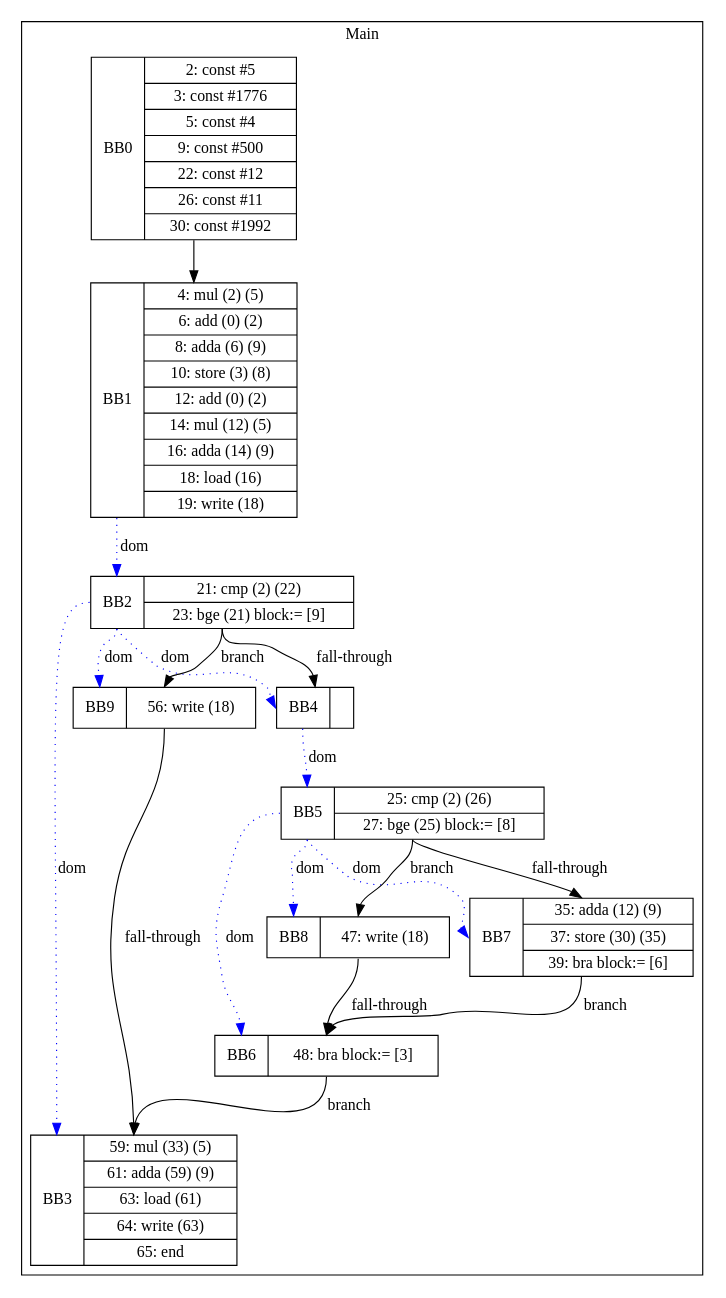
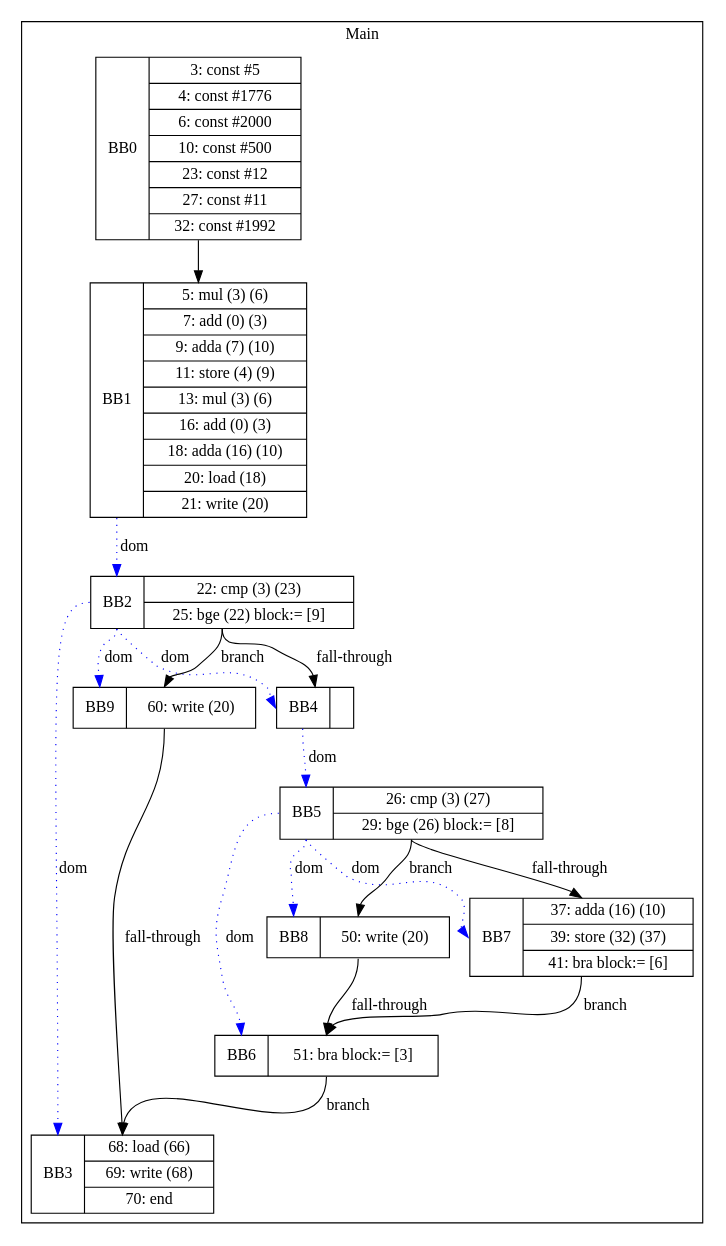
The diagram in visualization/jmcgowa/CSE_Tests/IF_IN_IF_ARRAY_WRITE.gv (zjc664656505/UCI-CS241-Advanced-Compiler-main), drawn with Graphviz before and after one commit. The commit also changed 90 other files, not shown here.

```diff
--- a/visualization/jmcgowa/CSE_Tests/IF_IN_IF_ARRAY_WRITE.gv
+++ b/visualization/jmcgowa/CSE_Tests/IF_IN_IF_ARRAY_WRITE.gv
@@ -1,33 +1,33 @@
 digraph G {
 node [shape=record];
 subgraph cluster_main{
 label = "Main";
-BB0 [shape=record, label="<b>BB0|{2: const #5|3: const #1776|5: const #4|9: const #500|22: const #12|26: const #11|30: const #1992}"];
-BB1 [shape=record, label="<b>BB1|{4: mul (2) (5)|6: add (0) (2)|8: adda (6) (9)|10: store (3) (8)|12: add (0) (2)|14: mul (12) (5)|16: adda (14) (9)|18: load (16)|19: write (18)}"];
-BB2 [shape=record, label="<b>BB2|{21: cmp (2) (22)|23: bge (21) block:= [9]}"];
-BB3 [shape=record, label="<b>BB3|{59: mul (33) (5)|61: adda (59) (9)|63: load (61)|64: write (63)|65: end}"];
+BB0 [shape=record, label="<b>BB0|{3: const #5|4: const #1776|6: const #2000|10: const #500|23: const #12|27: const #11|32: const #1992}"];
+BB1 [shape=record, label="<b>BB1|{5: mul (3) (6)|7: add (0) (3)|9: adda (7) (10)|11: store (4) (9)|13: mul (3) (6)|16: add (0) (3)|18: adda (16) (10)|20: load (18)|21: write (20)}"];
+BB2 [shape=record, label="<b>BB2|{22: cmp (3) (23)|25: bge (22) block:= [9]}"];
+BB3 [shape=record, label="<b>BB3|{68: load (66)|69: write (68)|70: end}"];
 BB4 [shape=record, label="<b>BB4|}"];
-BB5 [shape=record, label="<b>BB5|{25: cmp (2) (26)|27: bge (25) block:= [8]}"];
-BB6 [shape=record, label="<b>BB6|{48: bra block:= [3]}"];
-BB7 [shape=record, label="<b>BB7|{35: adda (12) (9)|37: store (30) (35)|39: bra block:= [6]}"];
-BB8 [shape=record, label="<b>BB8|{47: write (18)}"];
-BB9 [shape=record, label="<b>BB9|{56: write (18)}"];
+BB5 [shape=record, label="<b>BB5|{26: cmp (3) (27)|29: bge (26) block:= [8]}"];
+BB6 [shape=record, label="<b>BB6|{51: bra block:= [3]}"];
+BB7 [shape=record, label="<b>BB7|{37: adda (16) (10)|39: store (32) (37)|41: bra block:= [6]}"];
+BB8 [shape=record, label="<b>BB8|{50: write (20)}"];
+BB9 [shape=record, label="<b>BB9|{60: write (20)}"];
 }
 BB0:s -> BB1:n ;
 BB2:b -> BB4:b [color=blue, style=dotted, label="dom"];
 BB1:b -> BB2:b [color=blue, style=dotted, label="dom"];
 BB5:b -> BB8:b [color=blue, style=dotted, label="dom"];
 BB5:b -> BB7:b [color=blue, style=dotted, label="dom"];
 BB2:b -> BB3:b [color=blue, style=dotted, label="dom"];
 BB2:b -> BB9:b [color=blue, style=dotted, label="dom"];
 BB4:b -> BB5:b [color=blue, style=dotted, label="dom"];
 BB5:b -> BB6:b [color=blue, style=dotted, label="dom"];
 BB2:s -> BB9:n [label="branch"];
 BB6:s -> BB3:n [label="branch"];
 BB7:s -> BB6:n [label="branch"];
 BB5:s -> BB8:n [label="branch"];
 BB2:s -> BB4:n [label="fall-through"];
 BB5:s -> BB7:n [label="fall-through"];
 BB9:s -> BB3:n [label="fall-through"];
 BB8:s -> BB6:n [label="fall-through"];
 }
```
